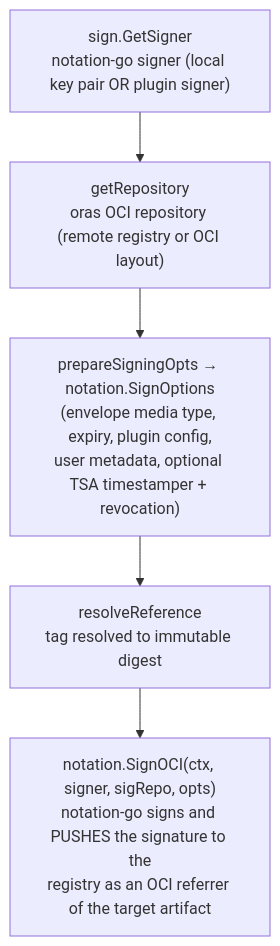
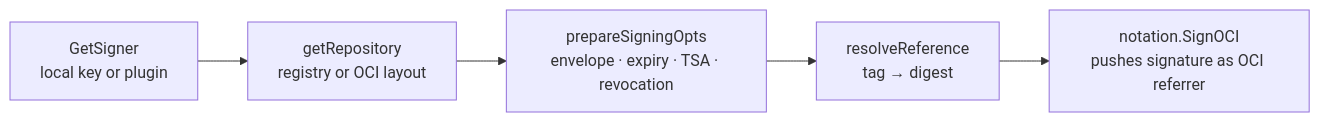
One commit to notaryproject/notation changed the second of 4 diagrams in ARCHITECTURE.md. Above: the diagram before and after it, drawn with Mermaid. The commit also changed other lines of this file, not shown here.

First line of the commit message:
docs: redesign mermaid diagrams and clarify Trust Model source of truth

````diff
--- a/ARCHITECTURE.md
+++ b/ARCHITECTURE.md
@@ -54,10 +54,7 @@
 ```mermaid
-flowchart TD
-    A["sign.GetSigner<br/>notation-go signer (local key pair OR plugin signer)"]
-    B["getRepository<br/>oras OCI repository (remote registry or OCI layout)"]
-    C["prepareSigningOpts → notation.SignOptions<br/>(envelope media type, expiry, plugin config,<br/>user metadata, optional TSA timestamper + revocation)"]
-    D["resolveReference<br/>tag resolved to immutable digest"]
-    E["notation.SignOCI(ctx, signer, sigRepo, opts)<br/>notation-go signs and PUSHES the signature to the<br/>registry as an OCI referrer of the target artifact"]
-
-    A --> B --> C --> D --> E
+flowchart LR
+    A["GetSigner<br/>local key or plugin"] --> B["getRepository<br/>registry or OCI layout"]
+    B --> C["prepareSigningOpts<br/>envelope · expiry · TSA · revocation"]
+    C --> D["resolveReference<br/>tag → digest"]
+    D --> E["notation.SignOCI<br/>pushes signature as OCI referrer"]
 ```
````
